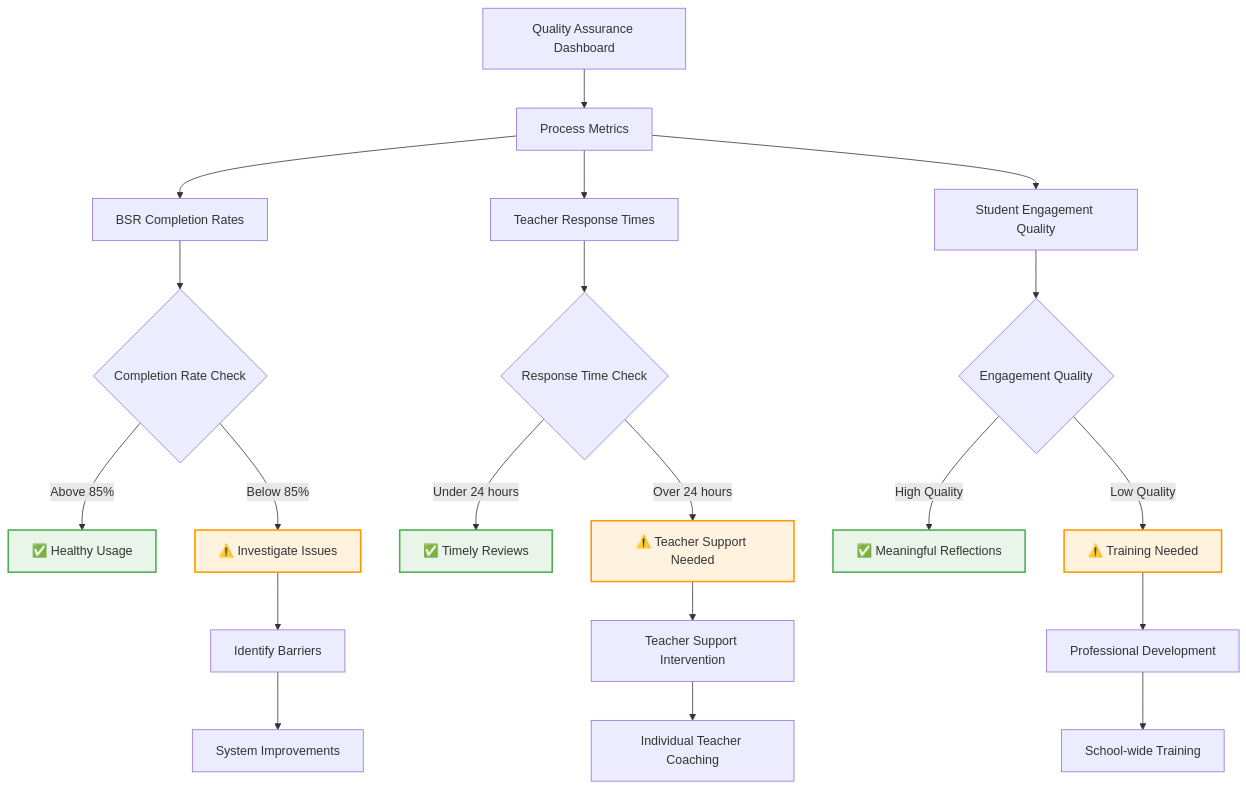
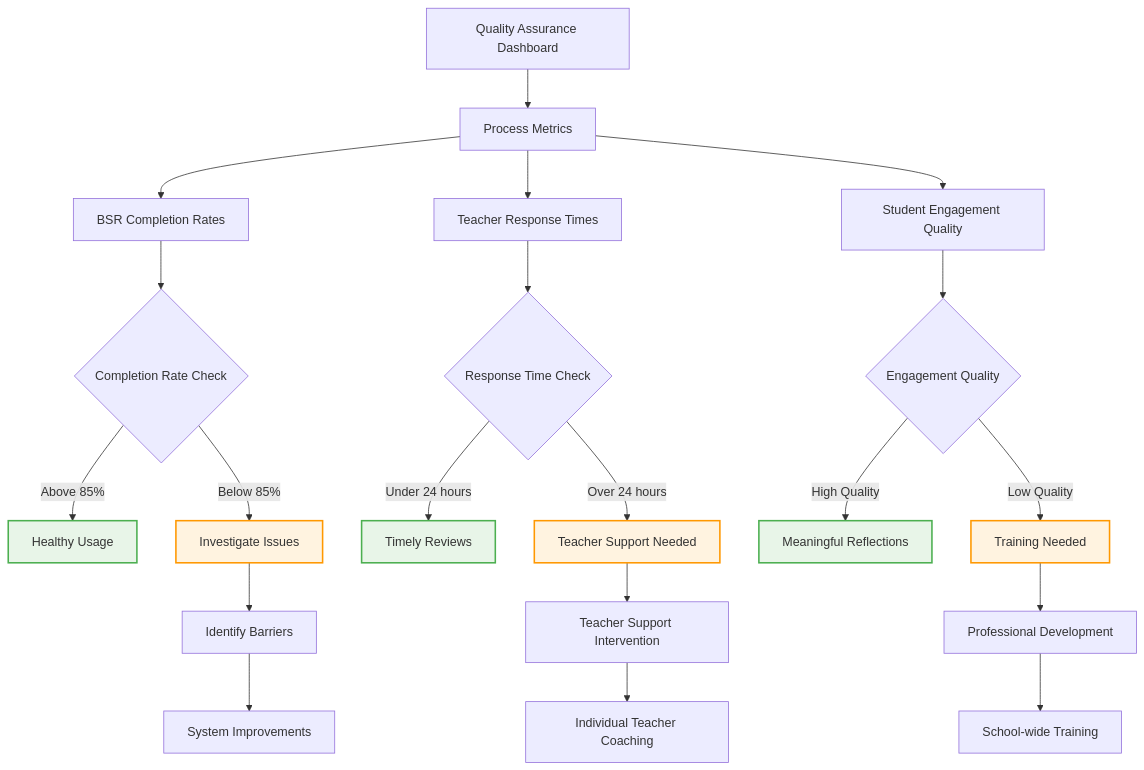
The sixth of 6 diagrams in Docs/Flowcharts/User-Journeys/13-admin-oversight-journey.md (Splurfa/bx-os), drawn with Mermaid before and after one commit. The commit also changed other lines of this file and 12 other files, not shown here.

First line of the commit message:
Fix flowchart syntax and numbering

````diff
--- a/Docs/Flowcharts/User-Journeys/13-admin-oversight-journey.md
+++ b/Docs/Flowcharts/User-Journeys/13-admin-oversight-journey.md
@@ -186,34 +184,34 @@
 ```mermaid
 flowchart TD
     A[Quality Assurance Dashboard] --> B[Process Metrics]
     B --> C[BSR Completion Rates]
     B --> D[Teacher Response Times]
     B --> E[Student Engagement Quality]
     
     C --> F{Completion Rate Check}
-    F -->|Above 85%| G[✅ Healthy Usage]
-    F -->|Below 85%| H[⚠️ Investigate Issues]
+    F -->|Above 85%| G[Healthy Usage]
+    F -->|Below 85%| H[Investigate Issues]
     
     D --> I{Response Time Check}
-    I -->|Under 24 hours| J[✅ Timely Reviews]
-    I -->|Over 24 hours| K[⚠️ Teacher Support Needed]
+    I -->|Under 24 hours| J[Timely Reviews]
+    I -->|Over 24 hours| K[Teacher Support Needed]
     
     E --> L{Engagement Quality}
-    L -->|High Quality| M[✅ Meaningful Reflections]
-    L -->|Low Quality| N[⚠️ Training Needed]
+    L -->|High Quality| M[Meaningful Reflections]
+    L -->|Low Quality| N[Training Needed]
     
     H --> O[Identify Barriers]
     K --> P[Teacher Support Intervention]
     N --> Q[Professional Development]
     
     O --> R[System Improvements]
     P --> S[Individual Teacher Coaching]
     Q --> T[School-wide Training]
     
     style G fill:#e8f5e8,stroke:#4caf50,stroke-width:2px
     style J fill:#e8f5e8,stroke:#4caf50,stroke-width:2px
     style M fill:#e8f5e8,stroke:#4caf50,stroke-width:2px
     style H fill:#fff3e0,stroke:#ff9800,stroke-width:2px
     style K fill:#fff3e0,stroke:#ff9800,stroke-width:2px
     style N fill:#fff3e0,stroke:#ff9800,stroke-width:2px
 ```
````
